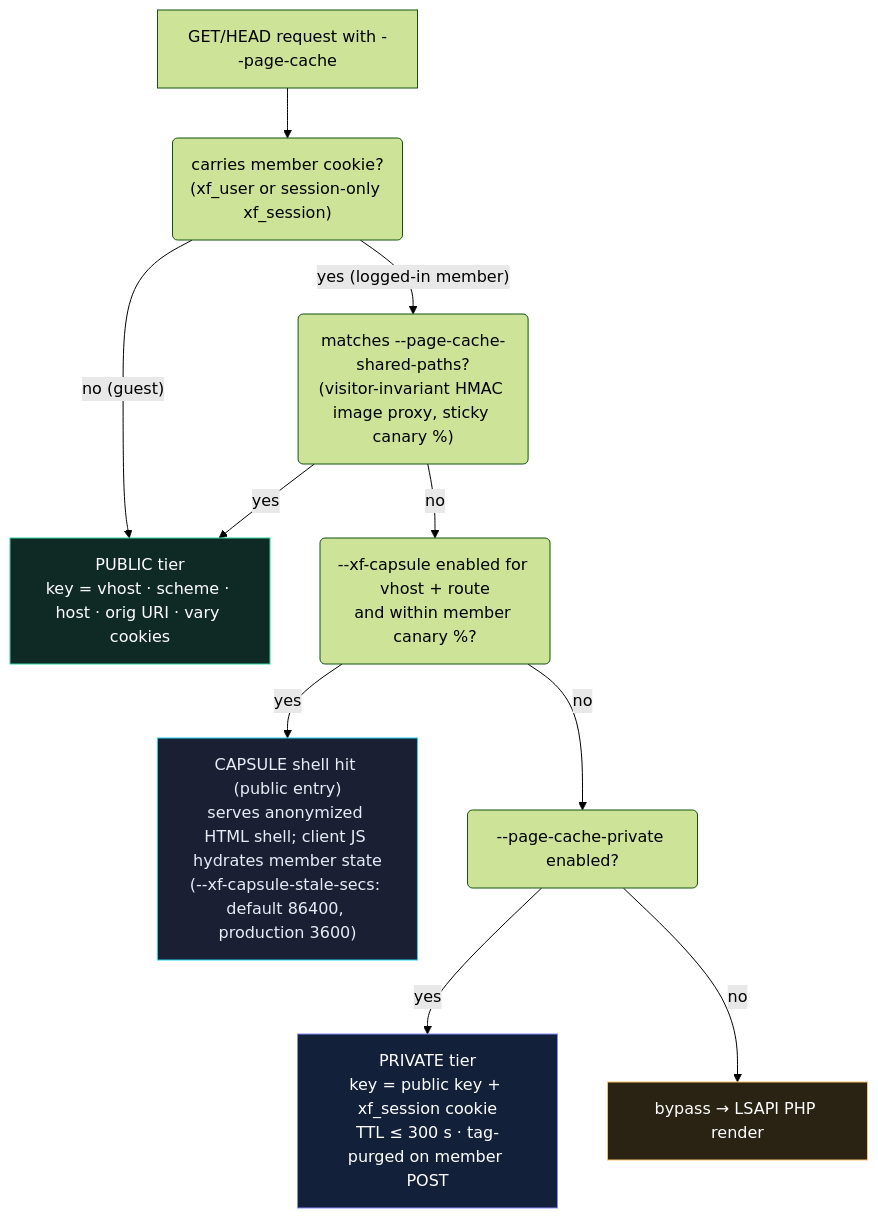
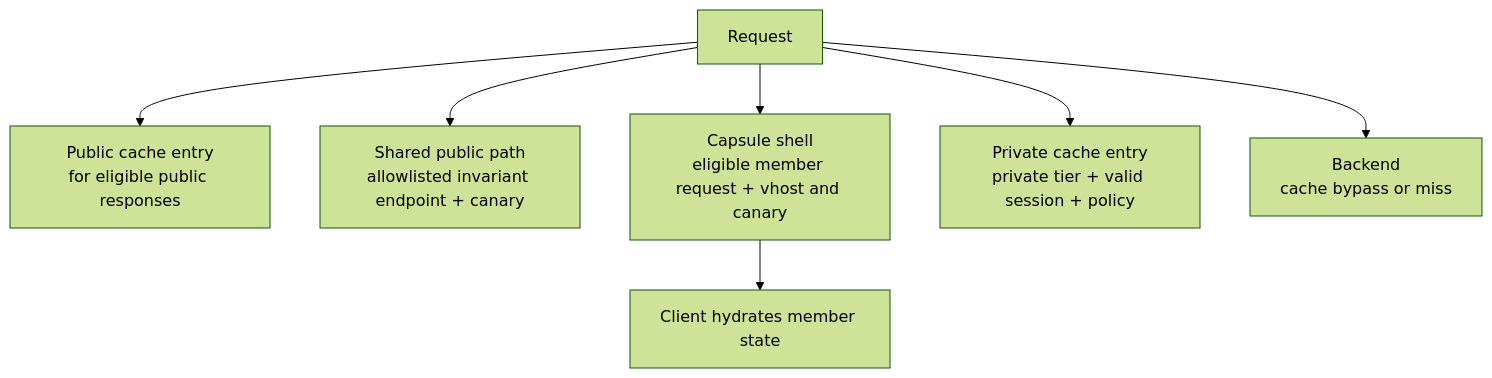
Before and after one commit to faratech/httpjet-site: the diagram in docs-src/diagrams/xf-capsule.mmd, drawn with Mermaid (forest theme). The commit also changed 137 other files, not shown here.

Commit message:
Clarify documentation and update cache diagrams

```diff
--- a/docs-src/diagrams/xf-capsule.mmd
+++ b/docs-src/diagrams/xf-capsule.mmd
@@ -1,14 +1,9 @@
 flowchart TB
-  classDef pub fill:#0f2a24,stroke:#34d399,color:#fff
-  classDef priv fill:#13203a,stroke:#818cf8,color:#fff
-  classDef cap fill:#1a1f33,stroke:#22d3ee,color:#e8ecf6
-  classDef byp fill:#2a2314,stroke:#fbbf73,color:#fff
-  A["GET/HEAD request with --page-cache"] --> B("carries member cookie?<br/>(xf_user or session-only xf_session)")
-  B -- "no (guest)" --> PUB["PUBLIC tier<br/>key = vhost · scheme · host · orig URI · vary cookies"]:::pub
-  B -- "yes (logged-in member)" --> S("matches --page-cache-shared-paths?<br/>(visitor-invariant HMAC image proxy, sticky canary %)")
-  S -- "yes" --> PUB
-  S -- "no" --> C("--xf-capsule enabled for vhost + route<br/>and within member canary %?")
-  C -- "yes" --> CAP["CAPSULE shell hit (public entry)<br/>serves anonymized HTML shell; client JS hydrates member state<br/>(--xf-capsule-stale-secs: default 86400, production 3600)"]:::cap
-  C -- "no" --> P("--page-cache-private enabled?")
-  P -- "yes" --> PRIV["PRIVATE tier<br/>key = public key + xf_session cookie<br/>TTL ≤ 300 s · tag-purged on member POST"]:::priv
-  P -- "no" --> BYP["bypass → LSAPI PHP render"]:::byp
+  R["Request"] --> G["Public cache entry<br/>for eligible public responses"]
+  R --> S["Shared public path<br/>allowlisted invariant endpoint + canary"]
+  R --> C["Capsule shell<br/>eligible member request + vhost and canary"]
+  R --> P["Private cache entry<br/>private tier + valid session + policy"]
+  R --> B["Backend<br/>cache bypass or miss"]
+  C --> H["Client hydrates member state"]
+  click S "page-cache.html#keys"
+  click P "page-cache.html#keys"
```
